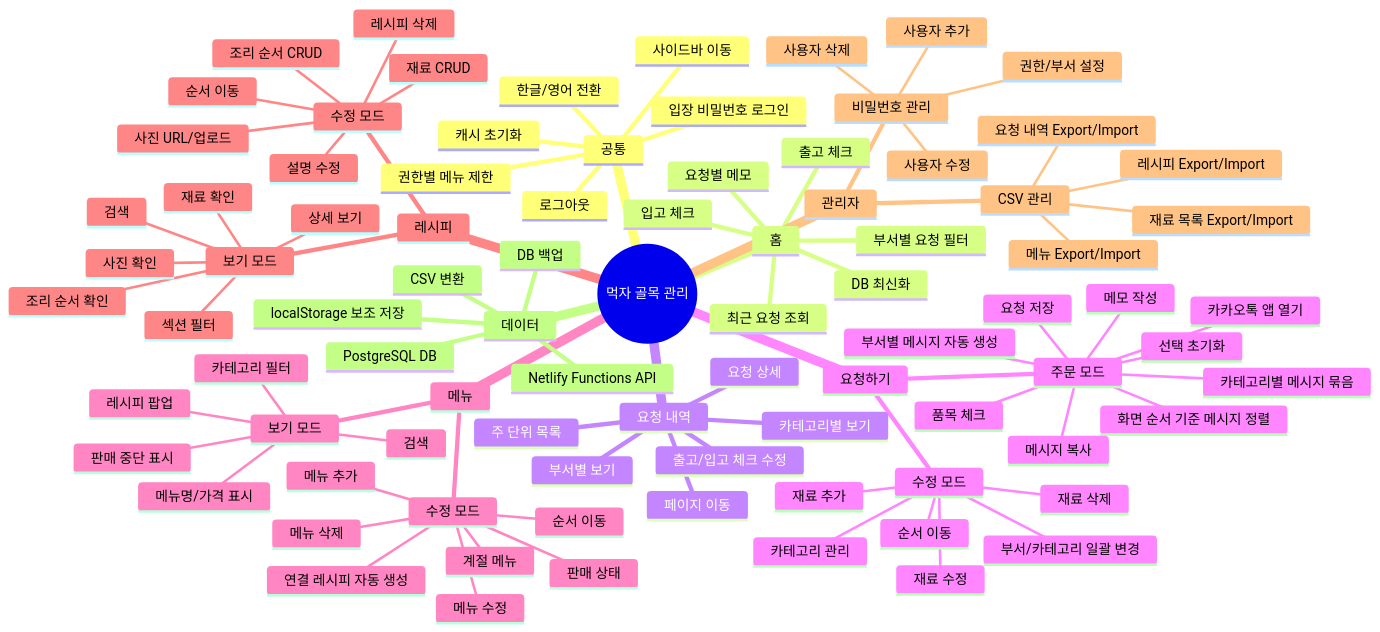
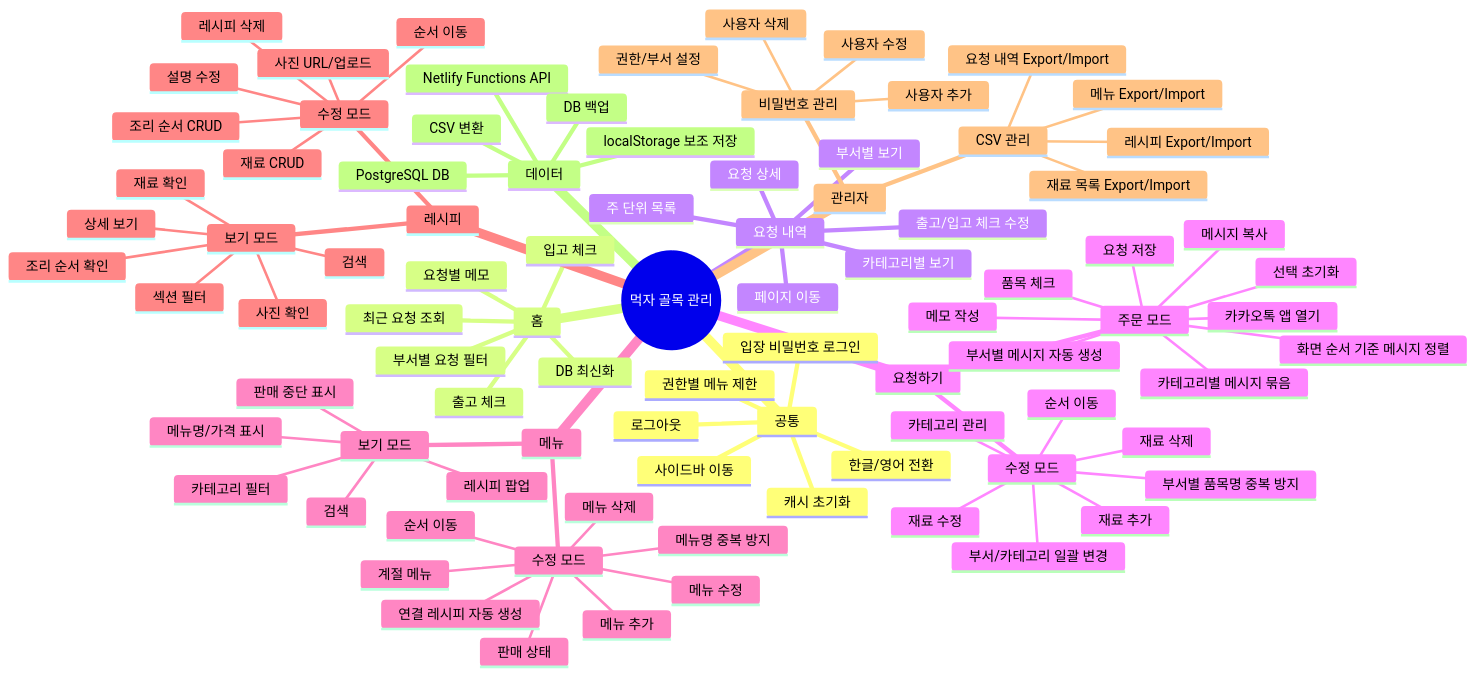
One commit to itsfreedom/mukja changed the diagram in docs/mukja-function-tree-ko.md. Above: the diagram before and after it, drawn with Mermaid. The commit also changed other lines of this file and 15 other files, not shown here.

```diff
--- a/docs/mukja-function-tree-ko.md
+++ b/docs/mukja-function-tree-ko.md
@@ -46,6 +46,7 @@
         재료 추가
         재료 수정
         재료 삭제
+        부서별 품목명 중복 방지
         부서/카테고리 일괄 변경
         순서 이동
         카테고리 관리
@@ -60,6 +61,7 @@
         메뉴 추가
         메뉴 수정
         메뉴 삭제
+        메뉴명 중복 방지
         판매 상태
         계절 메뉴
         순서 이동
```
